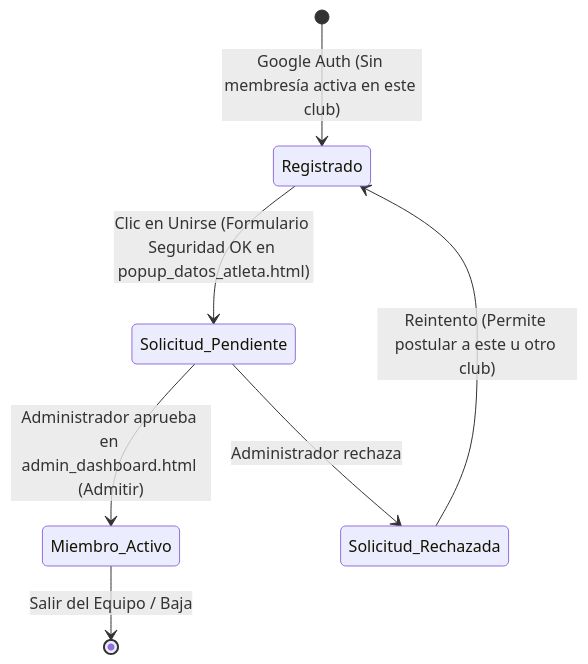
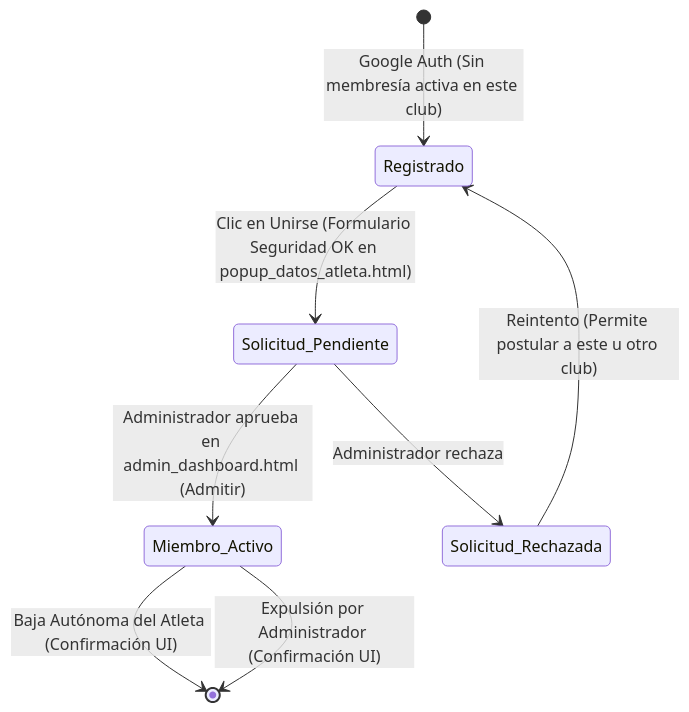
The diagram in User Flows/estado_membresia_atleta.md (thspin/stride), drawn with Mermaid before and after one commit. The commit also changed 8 other files, not shown here.

Commit message:
Docs: Update user flows with new business rules

````diff
--- a/User Flows/estado_membresia_atleta.md
+++ b/User Flows/estado_membresia_atleta.md
@@ -5,9 +5,10 @@
 ```mermaid
 stateDiagram-v2
     [*] --> Registrado : Google Auth (Sin membresía activa en este club)
     Registrado --> Solicitud_Pendiente : Clic en Unirse (Formulario Seguridad OK en popup_datos_atleta.html)
     Solicitud_Pendiente --> Miembro_Activo : Administrador aprueba en admin_dashboard.html (Admitir)
     Solicitud_Pendiente --> Solicitud_Rechazada : Administrador rechaza
     Solicitud_Rechazada --> Registrado : Reintento (Permite postular a este u otro club)
-    Miembro_Activo --> [*] : Salir del Equipo / Baja
+    Miembro_Activo --> [*] : Baja Autónoma del Atleta (Confirmación UI)
+    Miembro_Activo --> [*] : Expulsión por Administrador (Confirmación UI)
 ```
````
